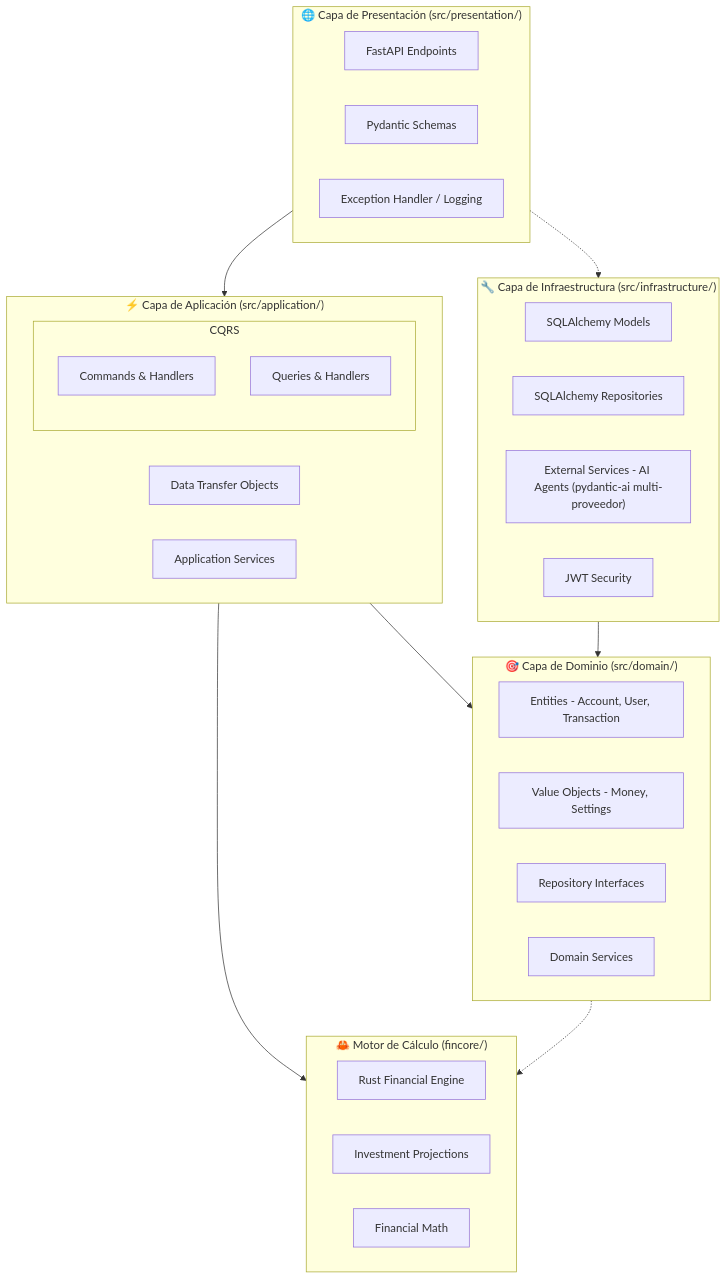
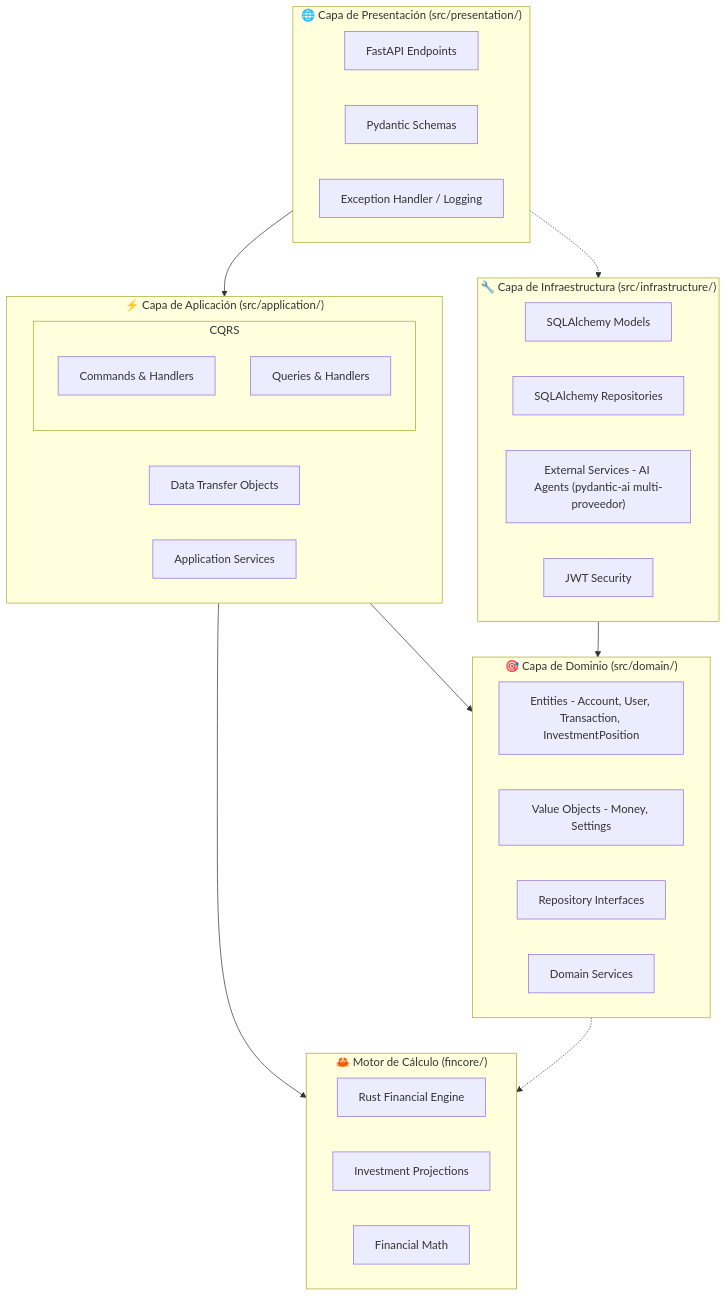
Before and after one commit to DiegoDG-01/LunanceIA: the first of 8 diagrams in docs/ARCHITECTURE.md, drawn with Mermaid. The commit also changed other lines of this file and 5 other files, not shown here.

````diff
--- a/docs/ARCHITECTURE.md
+++ b/docs/ARCHITECTURE.md
@@ -11,45 +11,45 @@
 ```mermaid
 graph TD
     subgraph Presentation ["🌐 Capa de Presentación (src/presentation/)"]
         API[FastAPI Endpoints]
         Schemas[Pydantic Schemas]
         Middleware[Exception Handler / Logging]
     end
 
     subgraph Application ["⚡ Capa de Aplicación (src/application/)"]
         subgraph CQRS
             Commands[Commands & Handlers]
             Queries[Queries & Handlers]
         end
         DTOs[Data Transfer Objects]
         ServicesApp[Application Services]
     end
 
     subgraph Domain ["🎯 Capa de Dominio (src/domain/)"]
-        Entities[Entities - Account, User, Transaction]
+        Entities[Entities - Account, User, Transaction, InvestmentPosition]
         VO[Value Objects - Money, Settings]
         RepoInterfaces[Repository Interfaces]
         DomainServices[Domain Services]
     end
 
     subgraph Core ["🦀 Motor de Cálculo (fincore/)"]
         RustCore[Rust Financial Engine]
         Projections[Investment Projections]
         Math[Financial Math]
     end
 
     subgraph Infrastructure ["🔧 Capa de Infraestructura (src/infrastructure/)"]
         DB[SQLAlchemy Models]
         SQLRepo[SQLAlchemy Repositories]
         ExtServices["External Services - AI Agents (pydantic-ai multi-proveedor)"]
         Security[JWT Security]
     end
 
     %% Dependencies
     Presentation --> Application
     Application --> Domain
     Infrastructure --> Domain
     Application --> Core
     Domain -.-> Core
     Presentation -.-> Infrastructure
 ```
````
